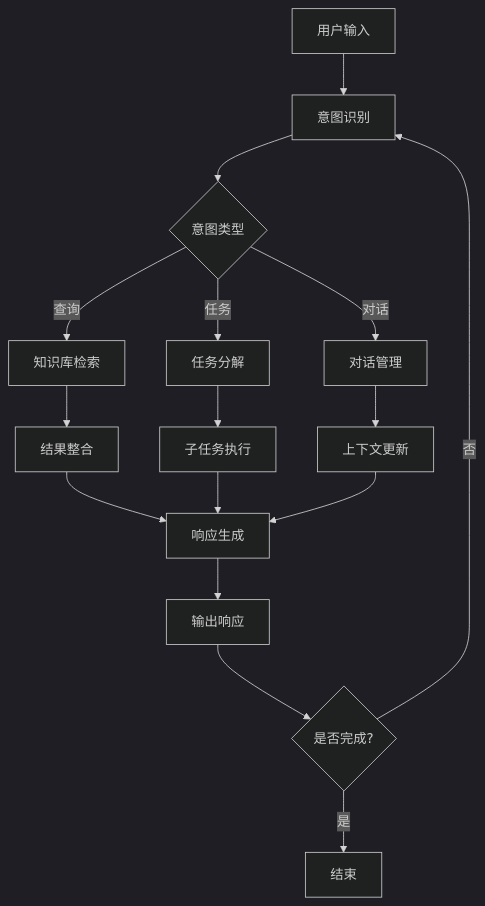
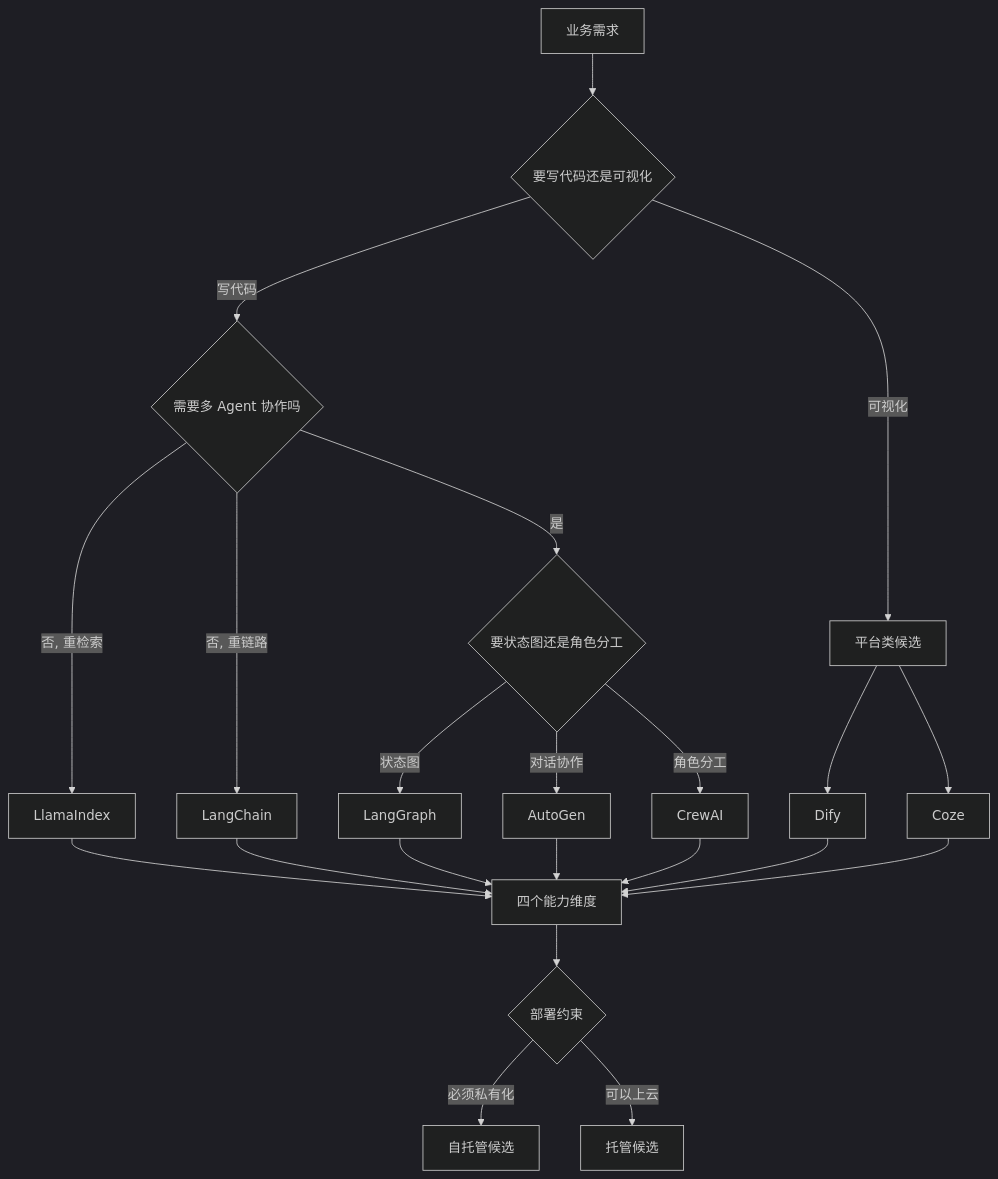
Before and after one commit to Shyu-x/frontend-interview: the first of 7 diagrams in docs/agent/foundations/agent-frameworks.md, drawn with Mermaid (dark theme). The commit also changed other lines of this file and 58 other files, not shown here.

````diff
--- a/docs/agent/foundations/agent-frameworks.md
+++ b/docs/agent/foundations/agent-frameworks.md
@@ -435,18 +16,24 @@
 ```mermaid
 flowchart TD
-    A["用户输入"] --> B["意图识别"]
-    B --> C{"意图类型"}
-    C -->|查询| D["知识库检索"]
-    C -->|任务| E["任务分解"]
-    C -->|对话| F["对话管理"]
-    D --> G["结果整合"]
-    E --> H["子任务执行"]
-    F --> I["上下文更新"]
-    G --> J["响应生成"]
-    H --> J
-    I --> J
-    J --> K["输出响应"]
-    K --> L{"是否完成?"}
-    L -->|否| B
-    L -->|是| M["结束"]
+    Q["业务需求"] --> C1{"要写代码还是可视化"}
+    C1 -->|"写代码"| C2{"需要多 Agent 协作吗"}
+    C1 -->|"可视化"| PLAT["平台类候选"]
+    C2 -->|"否, 重检索"| LI["LlamaIndex"]
+    C2 -->|"否, 重链路"| LC["LangChain"]
+    C2 -->|"是"| C3{"要状态图还是角色分工"}
+    C3 -->|"状态图"| LG["LangGraph"]
+    C3 -->|"对话协作"| AG["AutoGen"]
+    C3 -->|"角色分工"| CW["CrewAI"]
+    PLAT --> DF["Dify"]
+    PLAT --> CZ["Coze"]
+    LI --> CAP["四个能力维度"]
+    LC --> CAP
+    LG --> CAP
+    AG --> CAP
+    CW --> CAP
+    DF --> CAP
+    CZ --> CAP
+    CAP --> DEP{"部署约束"}
+    DEP -->|"必须私有化"| SELF["自托管候选"]
+    DEP -->|"可以上云"| CLOUD["托管候选"]
 ```
````
